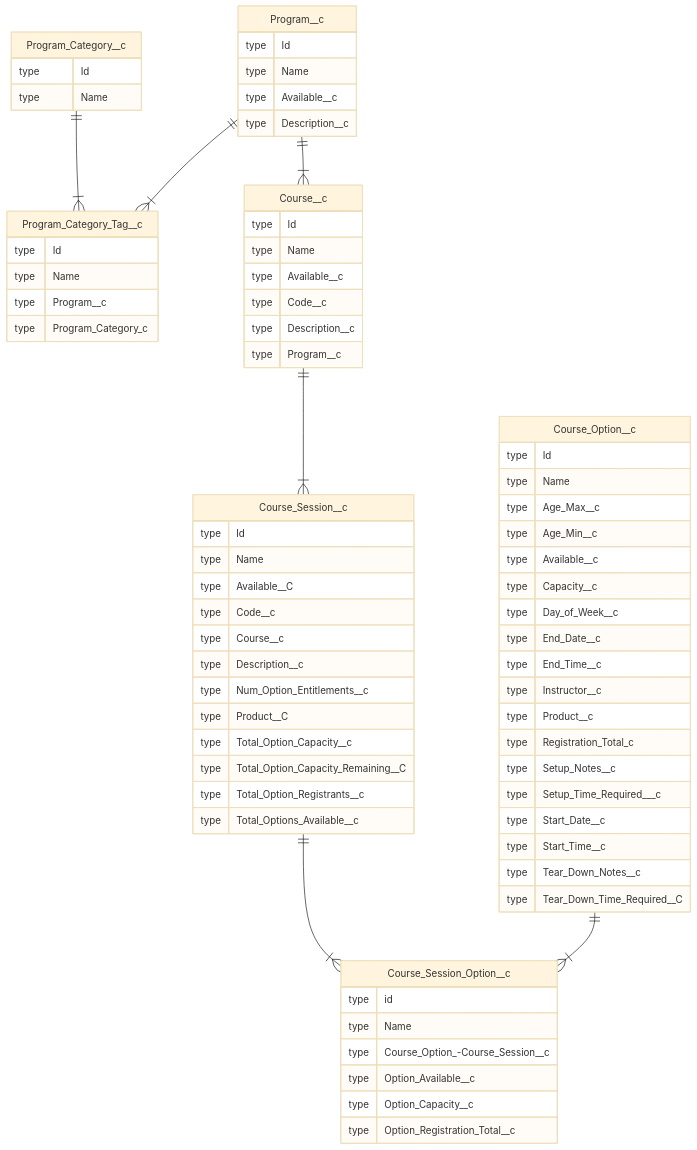
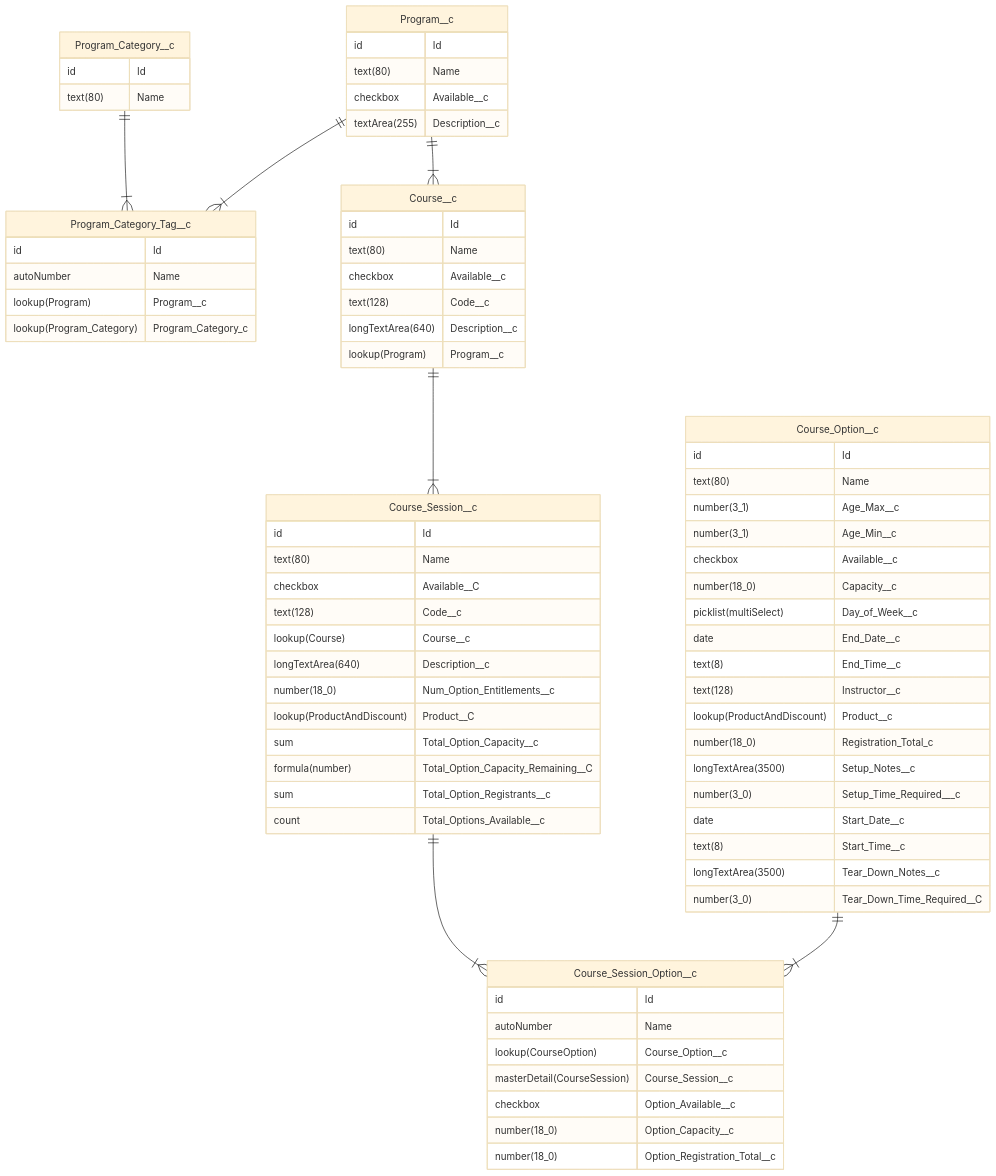
Before and after one commit to fivejars/openy_traction_rec: the diagram in README.md, drawn with Mermaid (base theme). The commit also changed other lines of this file, not shown here.

Commit message:
DS-1142 docs: Update field types

````diff
--- a/README.md
+++ b/README.md
@@ -76,75 +82,76 @@
 ```mermaid
 erDiagram
   Program_Category__c {
-    type Id
-    type Name
+    id Id
+    text(80) Name
   }
   Program__c {
-    type Id
-    type Name
-    type Available__c
-    type Description__c
+    id Id
+    text(80) Name
+    checkbox Available__c
+    textArea(255) Description__c
   }
   Program_Category_Tag__c {
-    type Id
-    type Name
-    type Program__c
-    type Program_Category_c
+    id Id
+    autoNumber Name
+    lookup(Program) Program__c
+    lookup(Program_Category) Program_Category_c
   }
   Course__c {
-    type Id
-    type Name
-    type Available__c
-    type Code__c
-    type Description__c
-    type Program__c
+    id Id
+    text(80) Name
+    checkbox Available__c
+    text(128) Code__c
+    longTextArea(640) Description__c
+    lookup(Program) Program__c
   }
   Course_Session__c {
-    type Id
-    type Name
-    type Available__C
-    type Code__c
-    type Course__c
-    type Description__c
-    type Num_Option_Entitlements__c
-    type Product__C
-    type Total_Option_Capacity__c
-    type Total_Option_Capacity_Remaining__C
-    type Total_Option_Registrants__c
-    type Total_Options_Available__c
+    id Id
+    text(80) Name
+    checkbox Available__C
+    text(128) Code__c
+    lookup(Course) Course__c
+    longTextArea(640) Description__c
+    number(18_0) Num_Option_Entitlements__c
+    lookup(ProductAndDiscount) Product__C
+    sum Total_Option_Capacity__c
+    formula(number) Total_Option_Capacity_Remaining__C
+    sum Total_Option_Registrants__c
+    count Total_Options_Available__c
   }
   Course_Option__c {
-    type Id
-    type Name
-    type Age_Max__c
-    type Age_Min__c
-    type Available__c
-    type Capacity__c
-    type Day_of_Week__c
-    type End_Date__c
-    type End_Time__c
-    type Instructor__c
-    type Product__c
-    type Registration_Total_c
-    type Setup_Notes__c
-    type Setup_Time_Required___c
-    type Start_Date__c
-    type Start_Time__c
-    type Tear_Down_Notes__c
-    type Tear_Down_Time_Required__C
+    id Id
+    text(80) Name
+    number(3_1) Age_Max__c
+    number(3_1) Age_Min__c
+    checkbox Available__c
+    number(18_0) Capacity__c
+    picklist(multiSelect) Day_of_Week__c
+    date End_Date__c
+    text(8) End_Time__c
+    text(128) Instructor__c
+    lookup(ProductAndDiscount) Product__c
+    number(18_0) Registration_Total_c
+    longTextArea(3500) Setup_Notes__c
+    number(3_0) Setup_Time_Required___c
+    date Start_Date__c
+    text(8) Start_Time__c
+    longTextArea(3500) Tear_Down_Notes__c
+    number(3_0) Tear_Down_Time_Required__C
   }
   Course_Session_Option__c {
-    type id
-    type Name
-    type Course_Option_-Course_Session__c
-    type Option_Available__c
-    type Option_Capacity__c
-    type Option_Registration_Total__c
+    id Id
+    autoNumber Name
+    lookup(CourseOption) Course_Option__c
+    masterDetail(CourseSession) Course_Session__c
+    checkbox Option_Available__c
+    number(18_0) Option_Capacity__c
+    number(18_0) Option_Registration_Total__c
   }
   Program_Category__c ||--|{ Program_Category_Tag__c : ""
   Program__c ||--|{ Program_Category_Tag__c : ""
   Program__c ||--|{ Course__c : ""
   Course__c ||--|{ Course_Session__c : ""
   Course_Session__c ||--|{ Course_Session_Option__c : ""
   Course_Option__c ||--|{ Course_Session_Option__c : ""
 ```
````
